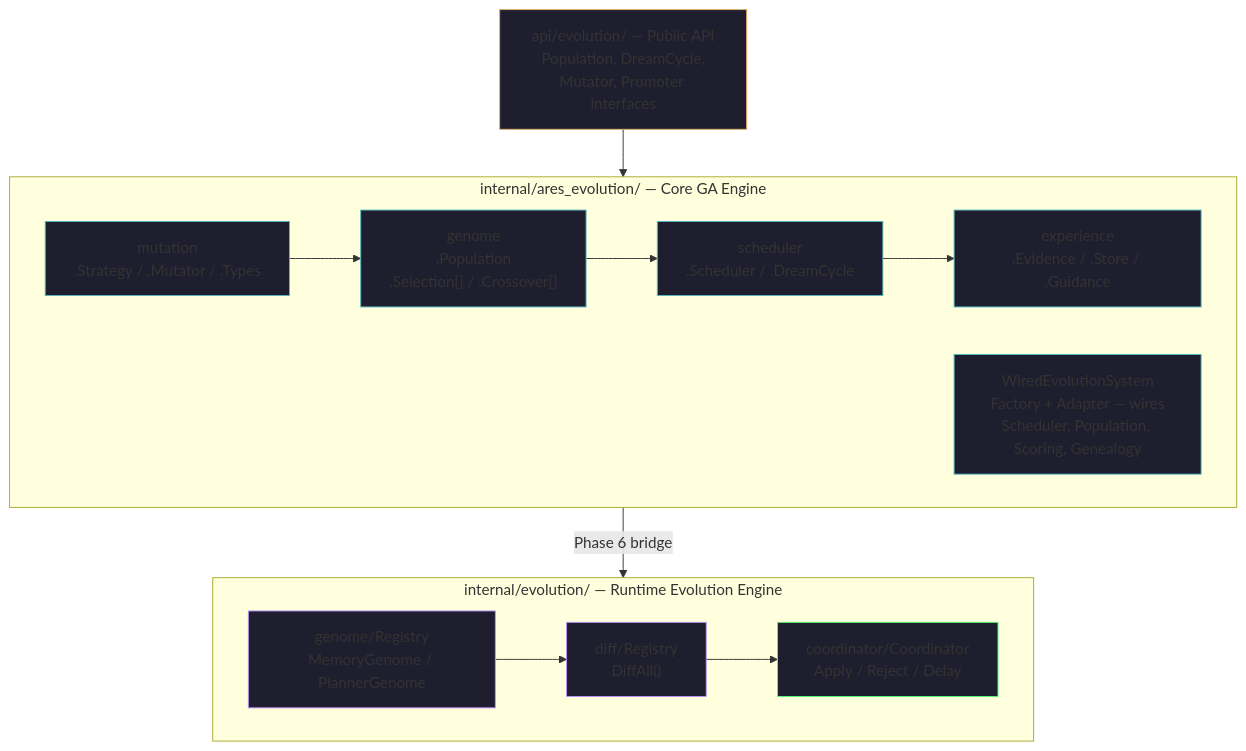
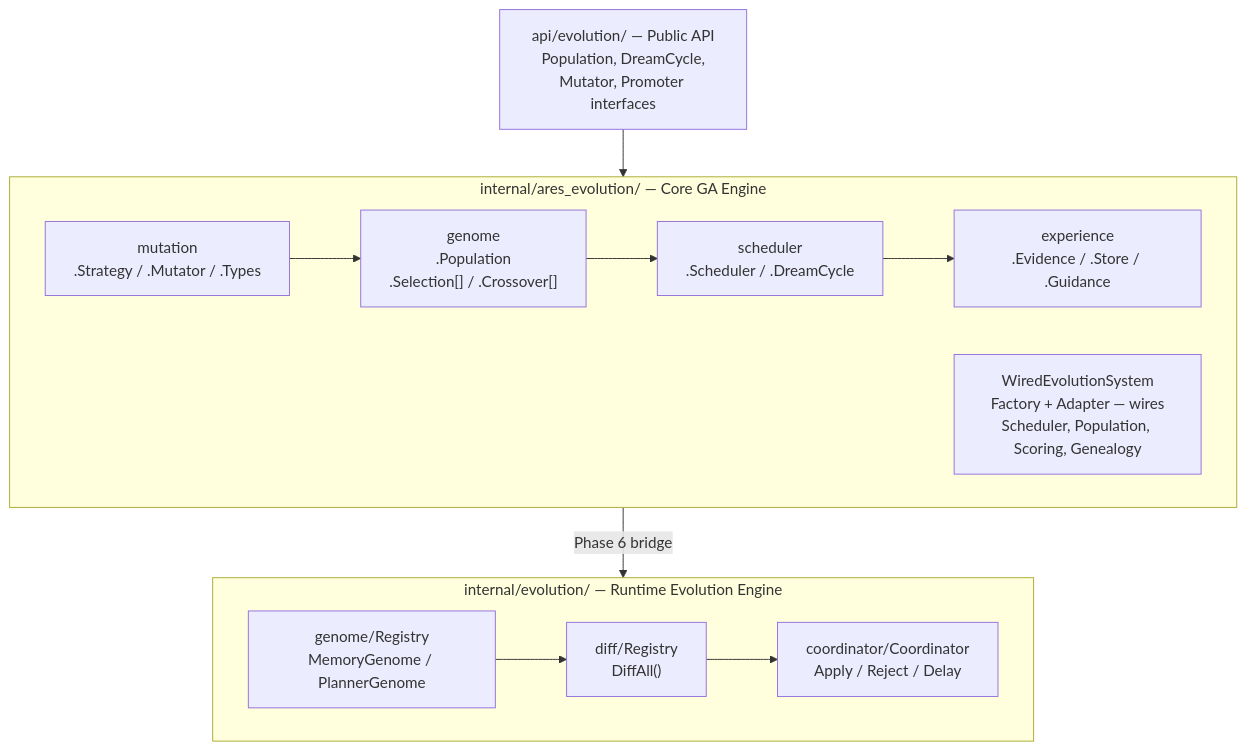
One commit to Timwood0x10/myblog changed the second of 6 diagrams in content/log/ARES/24.1-ga-deep-dive.md. Above: the diagram before and after it, drawn with Mermaid. The commit also changed other lines of this file and 11 other files, not shown here.

Commit message:
refactor(theme): unify Mermaid chart theme styles

````diff
--- a/content/log/ARES/24.1-ga-deep-dive.md
+++ b/content/log/ARES/24.1-ga-deep-dive.md
@@ -84,31 +82,27 @@
 ```mermaid
 flowchart TD
     API["api/evolution/ — Public API\nPopulation, DreamCycle,\nMutator, Promoter interfaces"]
 
     subgraph CORE["internal/ares_evolution/ — Core GA Engine"]
         direction LR
         M["mutation\n.Strategy / .Mutator / .Types"] --> G["genome\n.Population\n.Selection[] / .Crossover[]"]
         G --> SC["scheduler\n.Scheduler / .DreamCycle"]
         SC --> EX["experience\n.Evidence / .Store / .Guidance"]
 
         W["WiredEvolutionSystem\nFactory + Adapter — wires\nScheduler, Population, Scoring, Genealogy"]
     end
 
     subgraph RUN["internal/evolution/ — Runtime Evolution Engine"]
         direction LR
         GR["genome/Registry\nMemoryGenome / PlannerGenome"] --> DR["diff/Registry\nDiffAll()"]
         DR --> CR["coordinator/Coordinator\nApply / Reject / Delay"]
     end
 
     API --> CORE
     CORE -->|"Phase 6 bridge"| RUN
 
-    classDef default fill:#1e1e2e,stroke:#e0af68
-    classDef secondary fill:#1e1e2e,stroke:#56b6c2
-    classDef tertiary fill:#1e1e2e,stroke:#bd93f9
-    classDef output fill:#1e1e2e,stroke:#50fa7b
     class API default
     class M,G,SC,EX,W secondary
     class GR,DR tertiary
     class CR output
 ```
````
